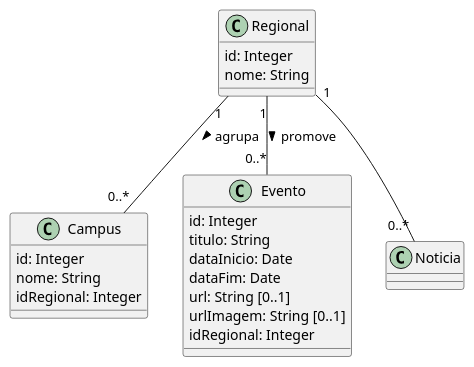
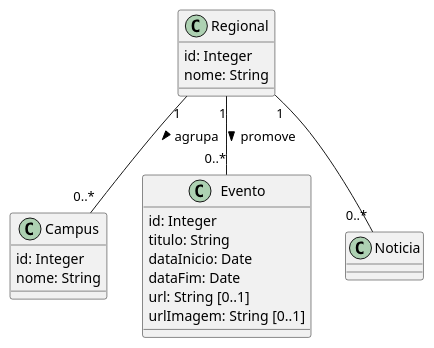
One commit to joseduardogon/Minha_UFG_Grupo_Cinza changed the diagram in Integracao/entidades/Entidade-Regional.md. Above: the diagram before and after it, drawn with PlantUML. The commit also changed 43 other files, not shown here.

````diff
--- a/Integracao/entidades/Entidade-Regional.md
+++ b/Integracao/entidades/Entidade-Regional.md
@@ -45,24 +45,22 @@
 ```plantuml
 class Regional {
   id: Integer
   nome: String
 }
 class Campus {
   id: Integer
   nome: String
-  idRegional: Integer
 }
 class Evento {
   id: Integer
   titulo: String
   dataInicio: Date
   dataFim: Date
   url: String [0..1]
   urlImagem: String [0..1]
-  idRegional: Integer
 }
 class Noticia
 Regional "1" -- "0..*" Campus : agrupa >
 Regional "1" -- "0..*" Evento : promove >
 Regional "1" -- "0..*" Noticia
 ```
````
